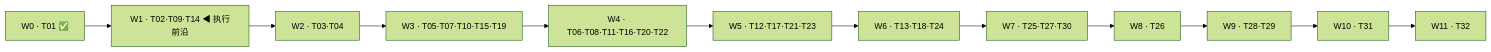
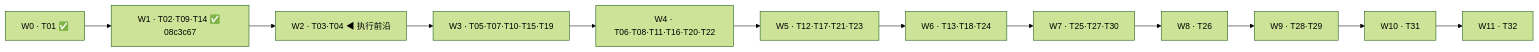
The diagram in docs/plans/2026-10-27-phase0-execution-plan.md (zxd15978684198/-enterprise_knowledge_work_platform-), drawn with Mermaid (forest theme) before and after one commit. The commit also changed other lines of this file and 2 other files, not shown here.

````diff
--- a/docs/plans/2026-10-27-phase0-execution-plan.md
+++ b/docs/plans/2026-10-27-phase0-execution-plan.md
@@ -123,14 +124,14 @@
 ```mermaid
 flowchart LR
-    W0["W0 · T01 ✅"] --> W1["W1 · T02·T09·T14 ◀ 执行前沿"]
-    W1 --> W2["W2 · T03·T04"]
+    W0["W0 · T01 ✅"] --> W1["W1 · T02·T09·T14 ✅ 08c3c67"]
+    W1 --> W2["W2 · T03·T04 ◀ 执行前沿"]
     W2 --> W3["W3 · T05·T07·T10·T15·T19"]
     W3 --> W4["W4 · T06·T08·T11·T16·T20·T22"]
     W4 --> W5["W5 · T12·T17·T21·T23"]
     W5 --> W6["W6 · T13·T18·T24"]
     W6 --> W7["W7 · T25·T27·T30"]
     W7 --> W8["W8 · T26"]
     W8 --> W9["W9 · T28·T29"]
     W9 --> W10["W10 · T31"]
     W10 --> W11["W11 · T32"]
 ```
````
